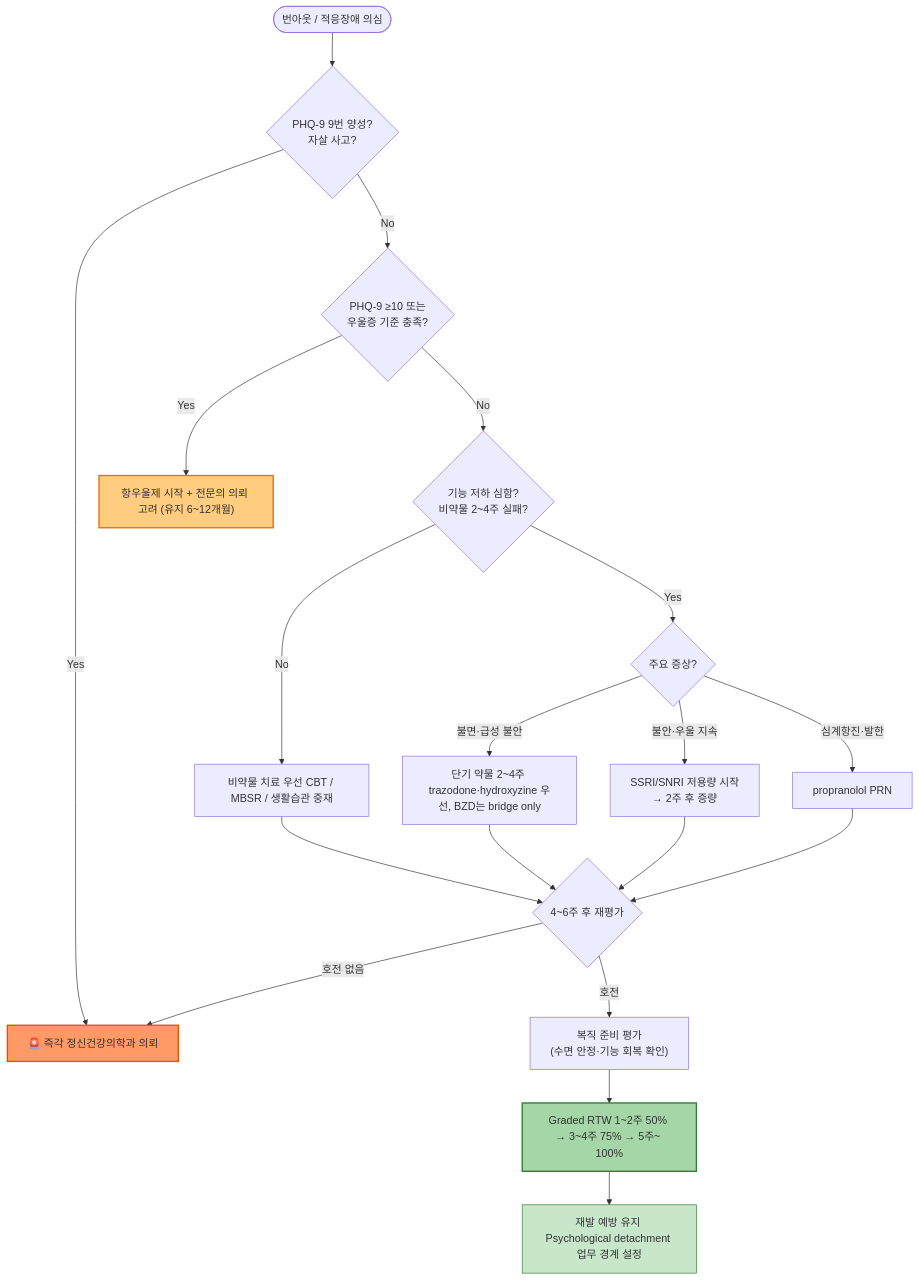
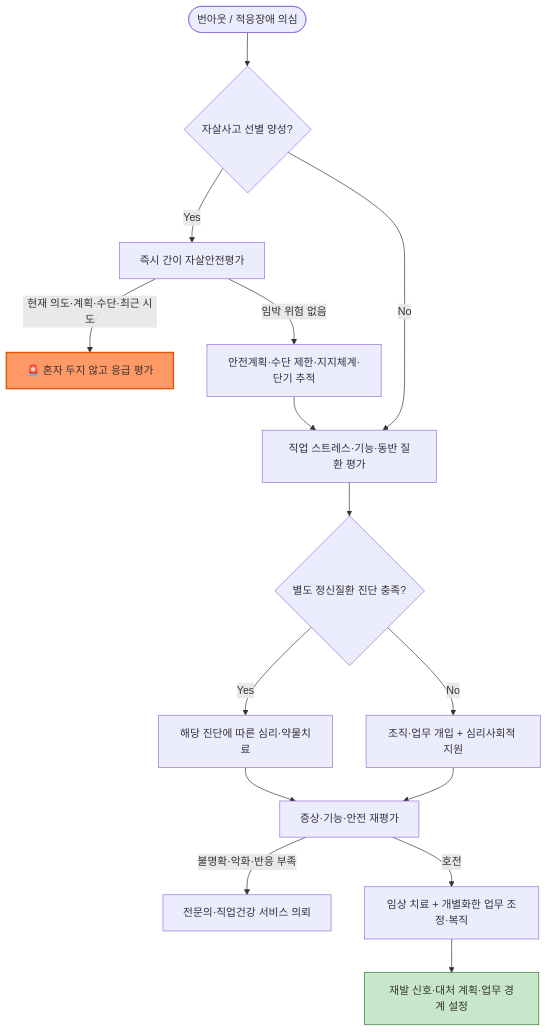
The diagram in 221_/032_1-burnout-stress-disorder.md (familyoh77/familyoh77), drawn with Mermaid before and after one commit. The commit also changed other lines of this file, not shown here.

````diff
--- a/221_/032_1-burnout-stress-disorder.md
+++ b/221_/032_1-burnout-stress-disorder.md
@@ -192,26 +238,20 @@
 ```mermaid
 graph TD
-    A([번아웃 / 적응장애 의심]) --> B{PHQ-9 9번 양성? <br/>자살 사고?}
-    B -->|Yes| REF["🚨 즉각 정신건강의학과 의뢰"]
-    B -->|No| D{"PHQ-9 ≥10 또는 <br/>우울증 기준 충족?"}
-    D -->|Yes| E["항우울제 시작 + 전문의 의뢰 고려 (유지 6~12개월)"]
-    D -->|No| F{"기능 저하 심함? <br/>비약물 2~4주 실패?"}
-    F -->|No| G["비약물 치료 우선 CBT / MBSR / 생활습관 중재"]
-    F -->|Yes| H{주요 증상?}
-    H -->|"불면·급성 불안"| I["단기 약물 2~4주 trazodone·hydroxyzine 우선, BZD는 bridge only"]
-    H -->|"불안·우울 지속"| J["SSRI/SNRI 저용량 시작 <br/>→ 2주 후 증량"]
-    H -->|"심계항진·발한"| K[propranolol PRN]
-    G --> L{4~6주 후 재평가}
-    I --> L
-    J --> L
-    K --> L
-    L -->|호전 없음| REF
-    L -->|호전| RTW["복직 준비 평가 <br/>(수면 안정·기능 회복 확인)"]
-    RTW --> RTW2["Graded RTW 1~2주 50% <br/>→ 3~4주 75% → 5주~ 100%"]
-    RTW2 --> PREV["재발 예방 유지 Psychological detachment 업무 경계 설정"]
+    A([번아웃 / 적응장애 의심]) --> B{"자살사고 선별 양성?"}
+    B -->|Yes| C["즉시 간이 자살안전평가"]
+    C -->|"현재 의도·계획·수단·최근 시도"| REF["🚨 혼자 두지 않고 응급 평가"]
+    C -->|"임박 위험 없음"| SAFE["안전계획·수단 제한·지지체계·단기 추적"]
+    B -->|No| D["직업 스트레스·기능·동반 질환 평가"]
+    SAFE --> D
+    D --> E{"별도 정신질환 진단 충족?"}
+    E -->|Yes| F["해당 진단에 따른 심리·약물치료"]
+    E -->|No| G["조직·업무 개입 + 심리사회적 지원"]
+    F --> H["증상·기능·안전 재평가"]
+    G --> H
+    H -->|"불명확·악화·반응 부족"| CON["전문의·직업건강 서비스 의뢰"]
+    H -->|호전| RTW["임상 치료 + 개별화한 업무 조정·복직"]
+    RTW --> PREV["재발 신호·대처 계획·업무 경계 설정"]
 
     style REF fill:#f96,stroke:#e65100,stroke-width:2px
-    style E fill:#ffcc80,stroke:#ef6c00,stroke-width:2px
-    style RTW2 fill:#a5d6a7,stroke:#2e7d32,stroke-width:2px
     style PREV fill:#c8e6c9,stroke:#2e7d32,stroke-width:1px
 ```
````
